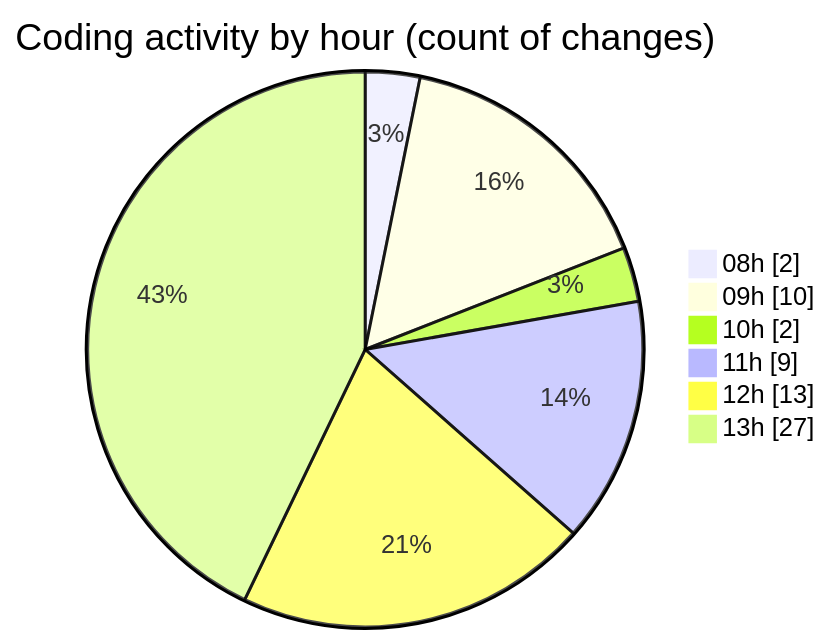
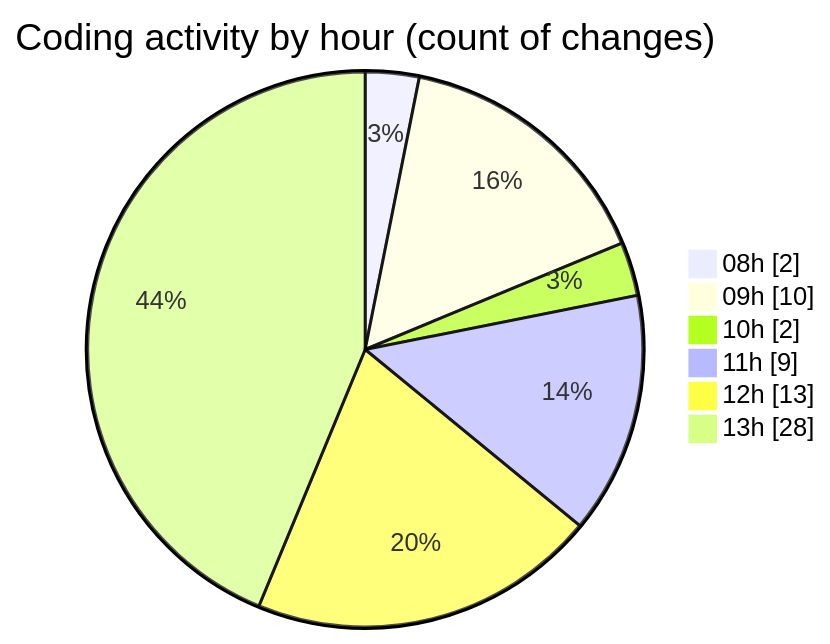
One commit to momahboobian/code-tracking changed the second of 2 diagrams in 2025-05-30/cda/README.md. Above: the diagram before and after it, drawn with Mermaid. The commit also changed other lines of this file and 1 other file, not shown here.

````diff
--- a/2025-05-30/cda/README.md
+++ b/2025-05-30/cda/README.md
@@ -38,10 +38,10 @@
 ```mermaid
 pie showData
 title Coding activity by hour (count of changes)
 "08h" : 2
 "09h" : 10
 "10h" : 2
 "11h" : 9
 "12h" : 13
-"13h" : 27
+"13h" : 28
 ```
````
